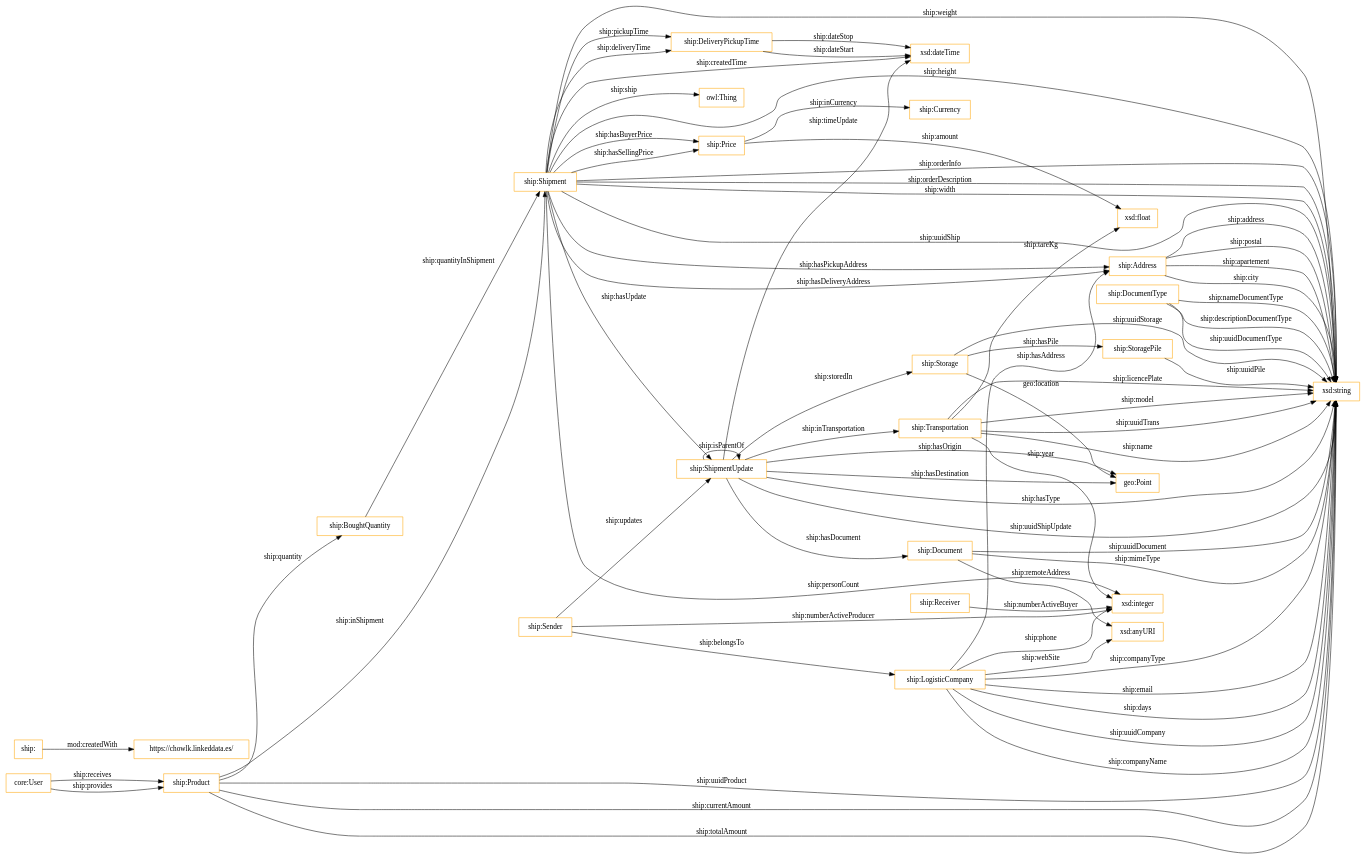
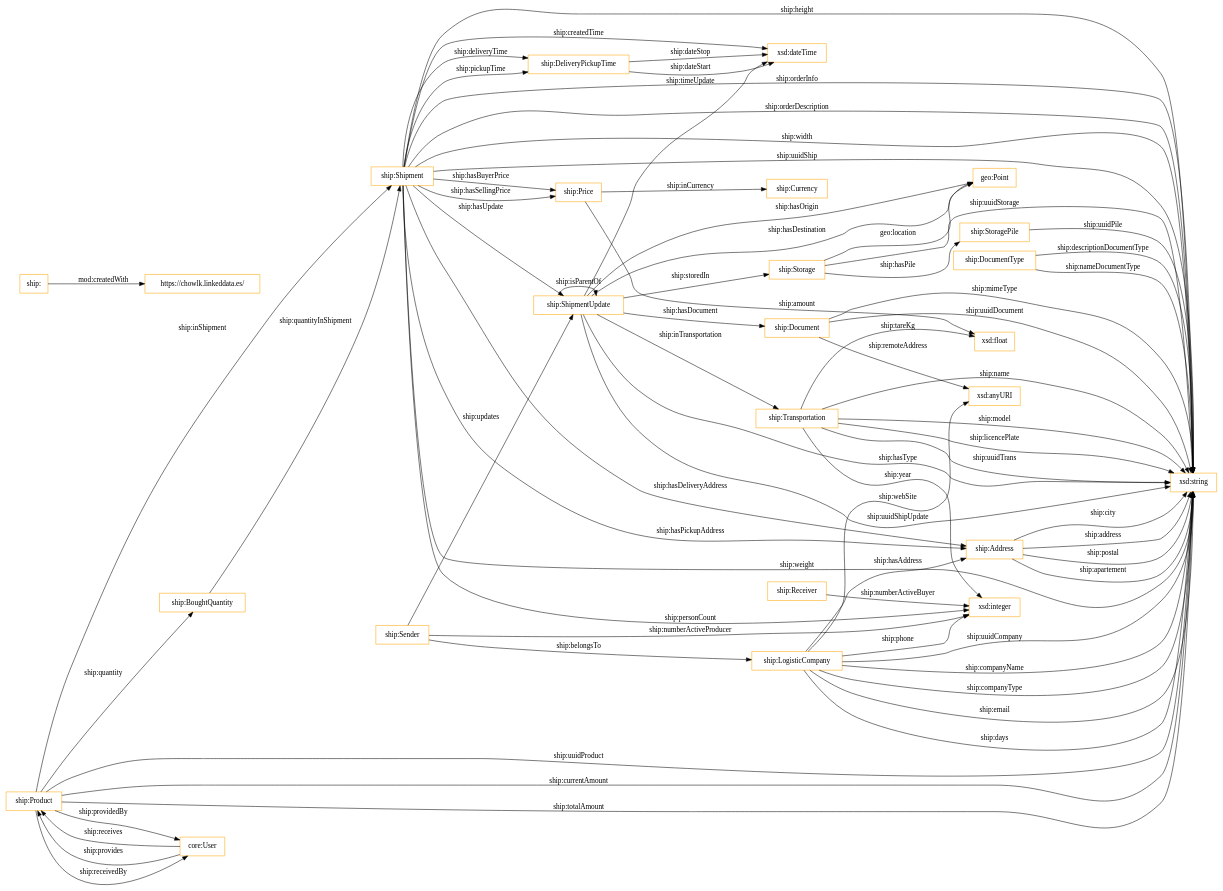
The diagram in OnToology/ontology/shipment.ttl/diagrams/ar2dtool-class/shipment.ttl.png.dot (oeg-upm/auroral-shipmentBiomass-ontology), drawn with Graphviz before and after one commit. The commit also changed 50 other files, not shown here.

```diff
--- a/OnToology/ontology/shipment.ttl/diagrams/ar2dtool-class/shipment.ttl.png.dot
+++ b/OnToology/ontology/shipment.ttl/diagrams/ar2dtool-class/shipment.ttl.png.dot
@@ -1,76 +1,76 @@
 digraph ar2dtool_diagram { 
 rankdir=LR;
 size="1501"
-node [shape = rectangle, color="orange"]; "ship:Shipment" "ship:ShipmentUpdate" "ship:DocumentType" "ship:Address" "ship:Currency" "ship:Price" "core:User" "ship:Product" "ship:Document" "ship:BoughtQuantity" "ship:Storage" "ship:StoragePile" "ship:Receiver" "ship:Transportation" "ship:LogisticCompany" "geo:Point" "ship:DeliveryPickupTime" "ship:Sender" ; /*classes style*/
+node [shape = rectangle, color="orange"]; "ship:Shipment" "ship:ShipmentUpdate" "ship:DocumentType" "ship:Address" "ship:Currency" "ship:Price" "core:User" "ship:Product" "ship:Document" "ship:BoughtQuantity" "ship:Storage" "ship:StoragePile" "ship:Receiver" "ship:Transportation" "geo:Point" "ship:LogisticCompany" "ship:DeliveryPickupTime" "ship:Sender" ; /*classes style*/
 	"ship:" -> "https://chowlk.linkeddata.es/" [ label = "mod:createdWith" ];
 	"ship:DeliveryPickupTime" -> "xsd:dateTime" [ label = "ship:dateStop" ];
 	"ship:ShipmentUpdate" -> "ship:Document" [ label = "ship:hasDocument" ];
 	"ship:LogisticCompany" -> "xsd:string" [ label = "ship:companyType" ];
 	"ship:LogisticCompany" -> "xsd:anyURI" [ label = "ship:webSite" ];
 	"ship:Shipment" -> "xsd:integer" [ label = "ship:personCount" ];
 	"ship:Shipment" -> "xsd:string" [ label = "ship:weight" ];
 	"ship:Shipment" -> "ship:DeliveryPickupTime" [ label = "ship:deliveryTime" ];
 	"ship:LogisticCompany" -> "ship:Address" [ label = "ship:hasAddress" ];
 	"ship:Address" -> "xsd:string" [ label = "ship:city" ];
 	"ship:Product" -> "ship:Shipment" [ label = "ship:inShipment" ];
 	"ship:Price" -> "xsd:float" [ label = "ship:amount" ];
 	"ship:LogisticCompany" -> "xsd:string" [ label = "ship:email" ];
 	"ship:Sender" -> "ship:ShipmentUpdate" [ label = "ship:updates" ];
 	"ship:Address" -> "xsd:string" [ label = "ship:address" ];
 	"ship:DeliveryPickupTime" -> "xsd:dateTime" [ label = "ship:dateStart" ];
 	"ship:DocumentType" -> "xsd:string" [ label = "ship:nameDocumentType" ];
 	"ship:Shipment" -> "ship:Price" [ label = "ship:hasSellingPrice" ];
 	"ship:ShipmentUpdate" -> "xsd:string" [ label = "ship:hasType" ];
 	"ship:Price" -> "ship:Currency" [ label = "ship:inCurrency" ];
 	"ship:Transportation" -> "xsd:string" [ label = "ship:licencePlate" ];
 	"ship:Receiver" -> "xsd:integer" [ label = "ship:numberActiveBuyer" ];
+	"ship:Product" -> "core:User" [ label = "ship:receivedBy" ];
 	"ship:Sender" -> "ship:LogisticCompany" [ label = "ship:belongsTo" ];
 	"ship:Shipment" -> "xsd:dateTime" [ label = "ship:createdTime" ];
 	"ship:Storage" -> "ship:StoragePile" [ label = "ship:hasPile" ];
 	"ship:Transportation" -> "xsd:string" [ label = "ship:model" ];
 	"ship:Shipment" -> "ship:Price" [ label = "ship:hasBuyerPrice" ];
 	"ship:Product" -> "xsd:string" [ label = "ship:uuidProduct" ];
 	"ship:LogisticCompany" -> "xsd:integer" [ label = "ship:phone" ];
 	"ship:Shipment" -> "ship:ShipmentUpdate" [ label = "ship:hasUpdate" ];
 	"ship:ShipmentUpdate" -> "xsd:string" [ label = "ship:uuidShipUpdate" ];
 	"ship:ShipmentUpdate" -> "geo:Point" [ label = "ship:hasDestination" ];
 	"ship:LogisticCompany" -> "xsd:string" [ label = "ship:days" ];
-	"ship:Shipment" -> "owl:Thing" [ label = "ship:ship" ];
 	"ship:Shipment" -> "xsd:string" [ label = "ship:height" ];
 	"ship:Sender" -> "xsd:integer" [ label = "ship:numberActiveProducer" ];
 	"ship:Transportation" -> "xsd:integer" [ label = "ship:year" ];
 	"core:User" -> "ship:Product" [ label = "ship:receives" ];
 	"ship:Transportation" -> "xsd:string" [ label = "ship:uuidTrans" ];
 	"ship:Shipment" -> "xsd:string" [ label = "ship:orderInfo" ];
 	"ship:Product" -> "xsd:string" [ label = "ship:currentAmount" ];
 	"ship:Product" -> "ship:BoughtQuantity" [ label = "ship:quantity" ];
 	"ship:Address" -> "xsd:string" [ label = "ship:postal" ];
 	"ship:Shipment" -> "ship:DeliveryPickupTime" [ label = "ship:pickupTime" ];
 	"ship:ShipmentUpdate" -> "xsd:dateTime" [ label = "ship:timeUpdate" ];
 	"ship:Shipment" -> "ship:Address" [ label = "ship:hasDeliveryAddress" ];
 	"ship:ShipmentUpdate" -> "ship:ShipmentUpdate" [ label = "ship:isParentOf" ];
 	"ship:StoragePile" -> "xsd:string" [ label = "ship:uuidPile" ];
 	"ship:Shipment" -> "ship:Address" [ label = "ship:hasPickupAddress" ];
 	"ship:LogisticCompany" -> "xsd:string" [ label = "ship:uuidCompany" ];
 	"ship:Shipment" -> "xsd:string" [ label = "ship:orderDescription" ];
 	"ship:Storage" -> "geo:Point" [ label = "geo:location" ];
 	"ship:BoughtQuantity" -> "ship:Shipment" [ label = "ship:quantityInShipment" ];
 	"ship:ShipmentUpdate" -> "ship:Storage" [ label = "ship:storedIn" ];
 	"ship:Shipment" -> "xsd:string" [ label = "ship:width" ];
 	"ship:Shipment" -> "xsd:string" [ label = "ship:uuidShip" ];
 	"ship:LogisticCompany" -> "xsd:string" [ label = "ship:companyName" ];
+	"ship:Product" -> "core:User" [ label = "ship:providedBy" ];
 	"ship:DocumentType" -> "xsd:string" [ label = "ship:descriptionDocumentType" ];
 	"ship:Document" -> "xsd:string" [ label = "ship:uuidDocument" ];
 	"ship:ShipmentUpdate" -> "ship:Transportation" [ label = "ship:inTransportation" ];
 	"ship:Document" -> "xsd:anyURI" [ label = "ship:remoteAddress" ];
 	"ship:Document" -> "xsd:string" [ label = "ship:mimeType" ];
 	"ship:Transportation" -> "xsd:float" [ label = "ship:tareKg" ];
 	"ship:ShipmentUpdate" -> "geo:Point" [ label = "ship:hasOrigin" ];
 	"ship:Transportation" -> "xsd:string" [ label = "ship:name" ];
 	"ship:Address" -> "xsd:string" [ label = "ship:apartement" ];
 	"ship:Storage" -> "xsd:string" [ label = "ship:uuidStorage" ];
 	"core:User" -> "ship:Product" [ label = "ship:provides" ];
 	"ship:Product" -> "xsd:string" [ label = "ship:totalAmount" ];
-	"ship:DocumentType" -> "xsd:string" [ label = "ship:uuidDocumentType" ];
 
 }
```
